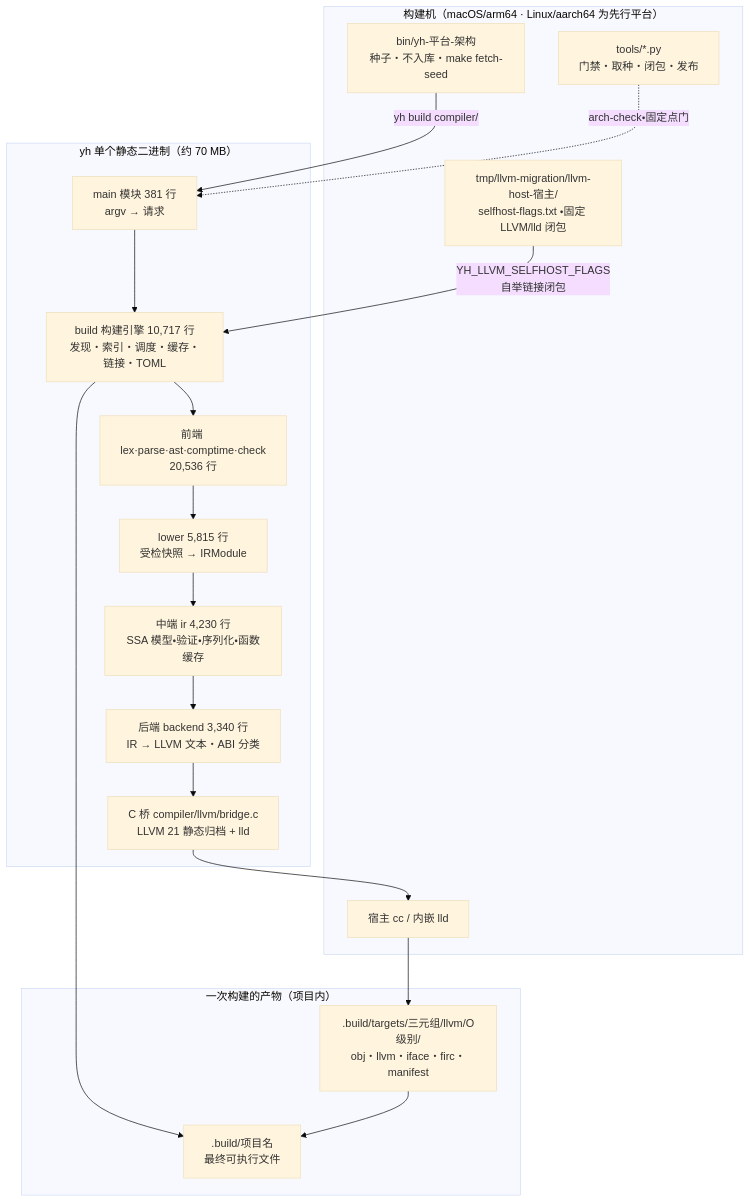
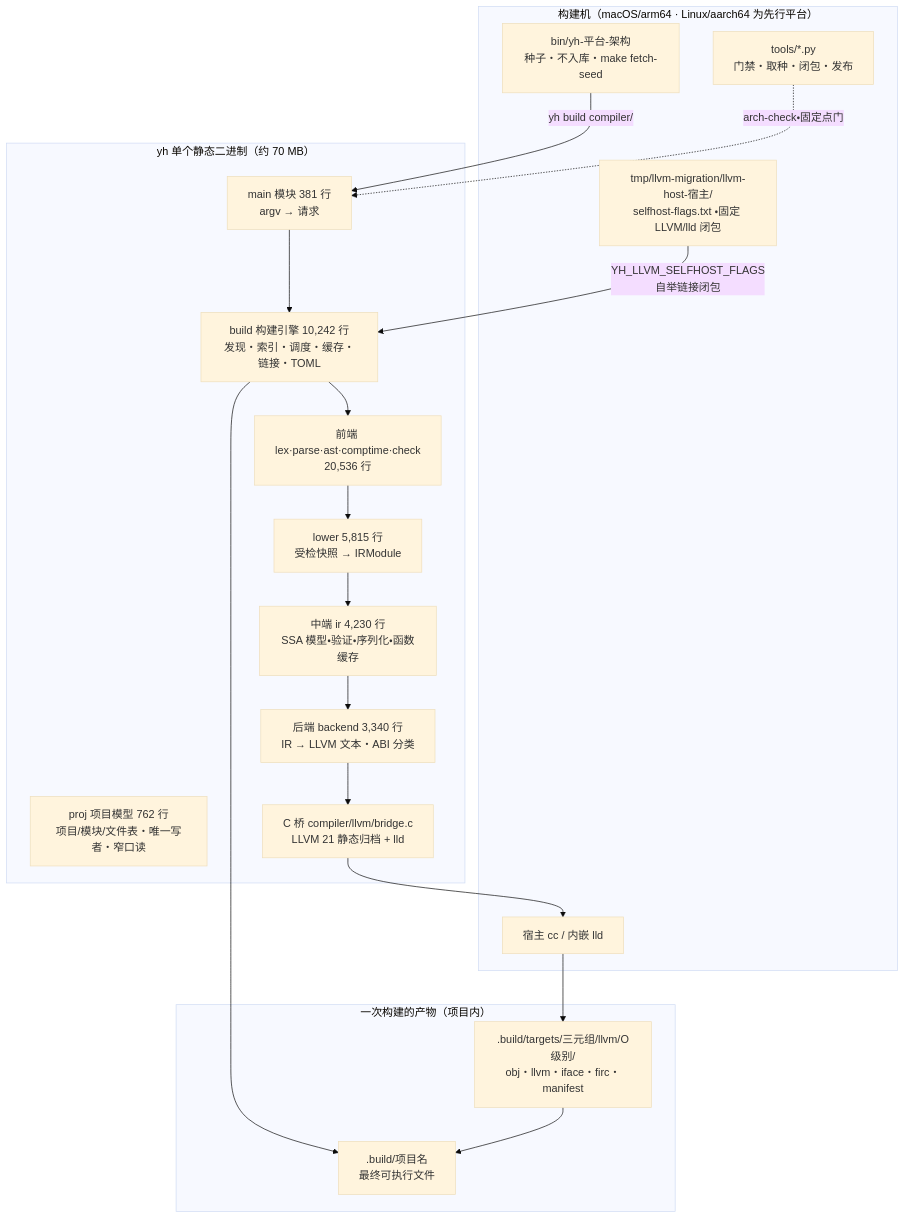
The first of 9 diagrams in docs/03-design/yh-架构图-2026-10-25.md (lalavender/x), drawn with Mermaid (base theme) before and after one commit. The commit also changed other lines of this file and 43 other files, not shown here.

First line of the commit message:
refactor(proj): 项目模型迁入 proj 模块，gen 不再拥有项目/文件表（B1-1）

````diff
--- a/docs/03-design/yh-架构图-2026-10-25.md
+++ b/docs/03-design/yh-架构图-2026-10-25.md
@@ -24,38 +24,39 @@
 ```mermaid
 flowchart TB
   subgraph HOST["构建机（macOS/arm64 · Linux/aarch64 为先行平台）"]
     SEED["bin/yh-平台-架构<br/>种子・不入库・make fetch-seed"]
     CLOSURE["tmp/llvm-migration/llvm-host-宿主/<br/>selfhost-flags.txt ・固定 LLVM/lld 闭包"]
     TOOLS["tools/*.py<br/>门禁・取种・闭包・发布"]
     CCHOST["宿主 cc / 内嵌 lld"]
   end
 
   subgraph BIN["yh 单个静态二进制（约 70 MB）"]
     CLI["main 模块 381 行<br/>argv → 请求"]
-    ENGINE["build 构建引擎 10,717 行<br/>发现・索引・调度・缓存・链接・TOML"]
+    ENGINE["build 构建引擎 10,242 行<br/>发现・索引・调度・缓存・链接・TOML"]
+    PROJ["proj 项目模型 762 行<br/>项目/模块/文件表・唯一写者・窄口读"]
     FRONT["前端 lex·parse·ast·comptime·check<br/>20,536 行"]
     LOWER["lower 5,815 行<br/>受检快照 → IRModule"]
     MID["中端 ir 4,230 行<br/>SSA 模型・验证・序列化・函数缓存"]
     BE["后端 backend 3,340 行<br/>IR → LLVM 文本・ABI 分类"]
     BRIDGE["C 桥 compiler/llvm/bridge.c<br/>LLVM 21 静态归档 + lld"]
   end
 
   subgraph OUT["一次构建的产物（项目内）"]
     OUT1[".build/targets/三元组/llvm/O级别/<br/>obj・llvm・iface・firc・manifest"]
     OUT2[".build/项目名<br/>最终可执行文件"]
   end
 
   SEED -->|"yh build compiler/"| CLI
   CLOSURE -->|"YH_LLVM_SELFHOST_FLAGS<br/>自举链接闭包"| ENGINE
   TOOLS -.->|"arch-check・固定点门"| CLI
   CLI --> ENGINE
   ENGINE --> FRONT
   FRONT --> LOWER
   LOWER --> MID
   MID --> BE
   BE --> BRIDGE
   BRIDGE --> CCHOST
   CCHOST --> OUT1
   ENGINE --> OUT2
   OUT1 --> OUT2
 ```
````
